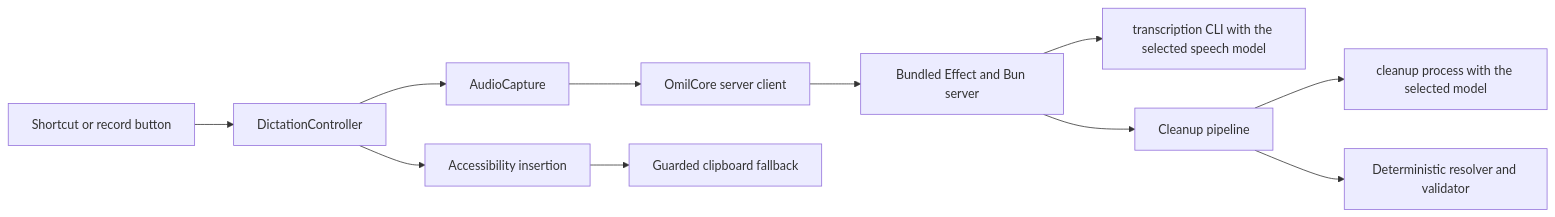
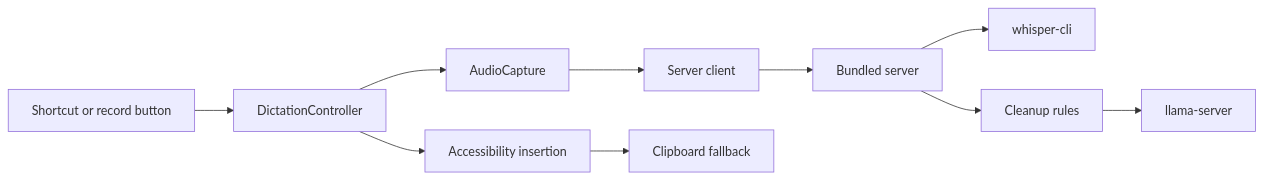
The diagram in docs/SYSTEM.md (arpan404/omil), drawn with Mermaid before and after one commit. The commit also changed other lines of this file and 34 other files, not shown here.

````diff
--- a/docs/SYSTEM.md
+++ b/docs/SYSTEM.md
@@ -8,13 +5,12 @@
 ```mermaid
 flowchart LR
     Input[Shortcut or record button] --> Controller[DictationController]
     Controller --> Capture[AudioCapture]
-    Capture --> Client[OmilCore server client]
-    Client --> API[Bundled Effect and Bun server]
-    API --> Speech[transcription CLI with the selected speech model]
-    API --> Cleanup[Cleanup pipeline]
-    Cleanup --> LLM[cleanup process with the selected model]
-    Cleanup --> Validator[Deterministic resolver and validator]
+    Capture --> Client[Server client]
+    Client --> API[Bundled server]
+    API --> Speech[whisper-cli]
+    API --> Cleanup[Cleanup rules]
+    Cleanup --> LLM[llama-server]
     Controller --> Insert[Accessibility insertion]
-    Insert --> Clipboard[Guarded clipboard fallback]
+    Insert --> Clipboard[Clipboard fallback]
 ```
````
